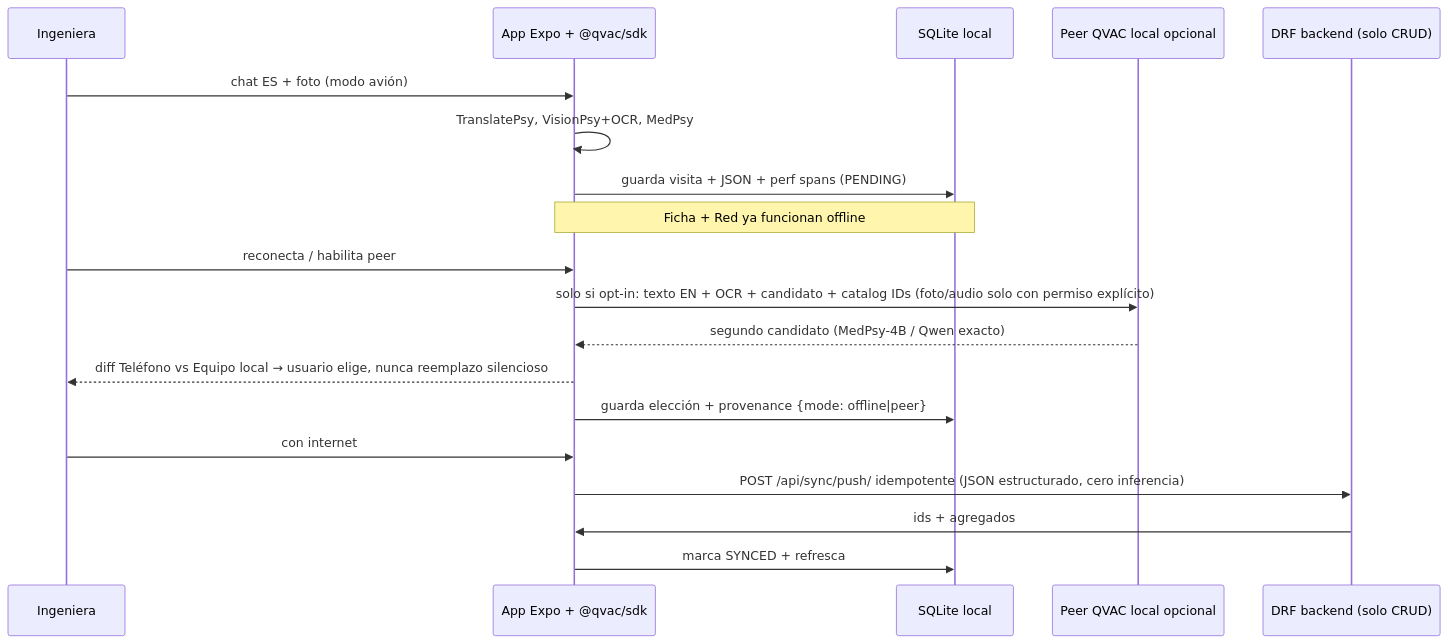
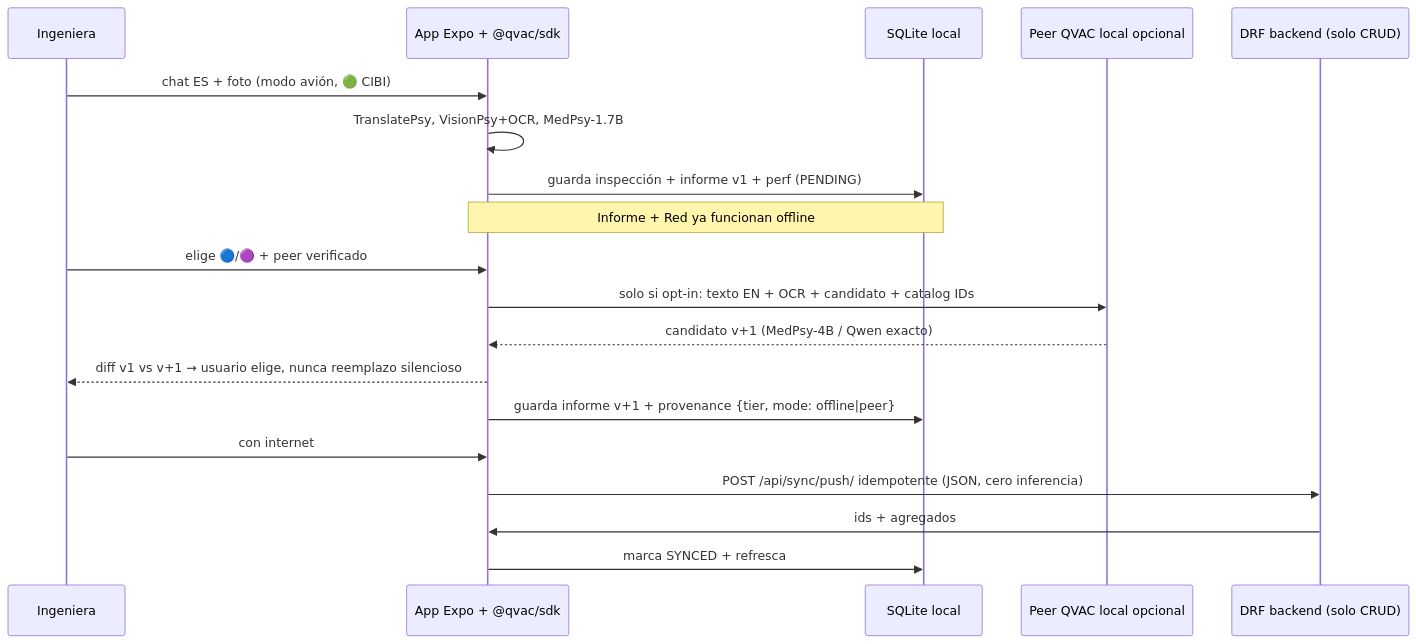
Before and after one commit to Proyecto-X-Hackaton/CIBI: the fifth of 5 diagrams in docs/ui-ux-plan/APP_FLOW.md, drawn with Mermaid. The commit also changed other lines of this file and 7 other files, not shown here.

````diff
--- a/docs/ui-ux-plan/APP_FLOW.md
+++ b/docs/ui-ux-plan/APP_FLOW.md
@@ -92,21 +111,21 @@
 ```mermaid
 sequenceDiagram
     participant U as Ingeniera
     participant A as App Expo + @qvac/sdk
     participant L as SQLite local
     participant P as Peer QVAC local opcional
     participant S as DRF backend (solo CRUD)
-    U->>A: chat ES + foto (modo avión)
-    A->>A: TranslatePsy, VisionPsy+OCR, MedPsy
-    A->>L: guarda visita + JSON + perf spans (PENDING)
-    Note over A,L: Ficha + Red ya funcionan offline
-    U->>A: reconecta / habilita peer
-    A->>P: solo si opt-in: texto EN + OCR + candidato + catalog IDs (foto/audio solo con permiso explícito)
-    P-->>A: segundo candidato (MedPsy-4B / Qwen exacto)
-    A-->>U: diff Teléfono vs Equipo local → usuario elige, nunca reemplazo silencioso
-    A->>L: guarda elección + provenance {mode: offline|peer}
+    U->>A: chat ES + foto (modo avión, 🟢 CIBI)
+    A->>A: TranslatePsy, VisionPsy+OCR, MedPsy-1.7B
+    A->>L: guarda inspección + informe v1 + perf (PENDING)
+    Note over A,L: Informe + Red ya funcionan offline
+    U->>A: elige 🔵/🟣 + peer verificado
+    A->>P: solo si opt-in: texto EN + OCR + candidato + catalog IDs
+    P-->>A: candidato v+1 (MedPsy-4B / Qwen exacto)
+    A-->>U: diff v1 vs v+1 → usuario elige, nunca reemplazo silencioso
+    A->>L: guarda informe v+1 + provenance {tier, mode: offline|peer}
     U->>A: con internet
-    A->>S: POST /api/sync/push/ idempotente (JSON estructurado, cero inferencia)
+    A->>S: POST /api/sync/push/ idempotente (JSON, cero inferencia)
     S->>A: ids + agregados
     A->>L: marca SYNCED + refresca
 ```
````
